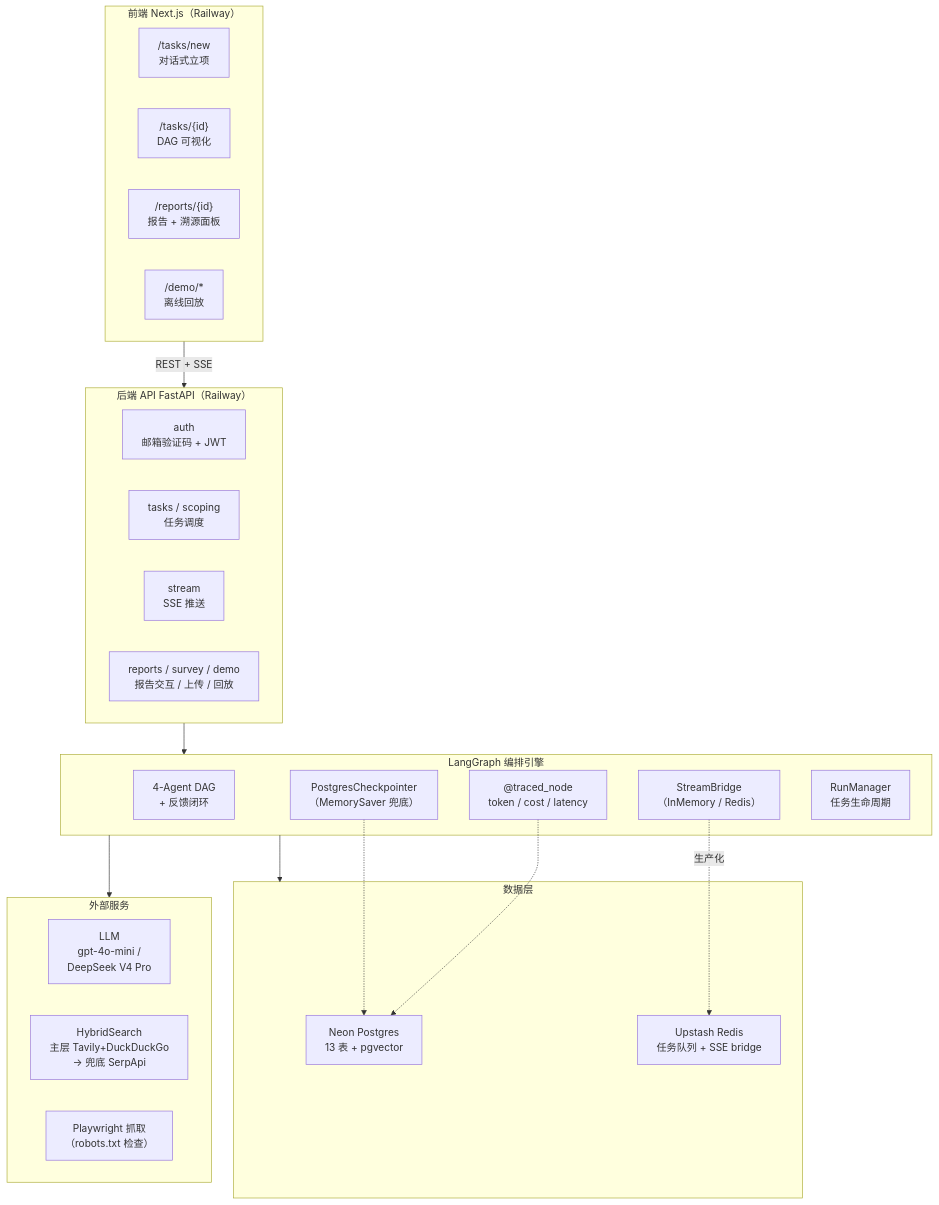
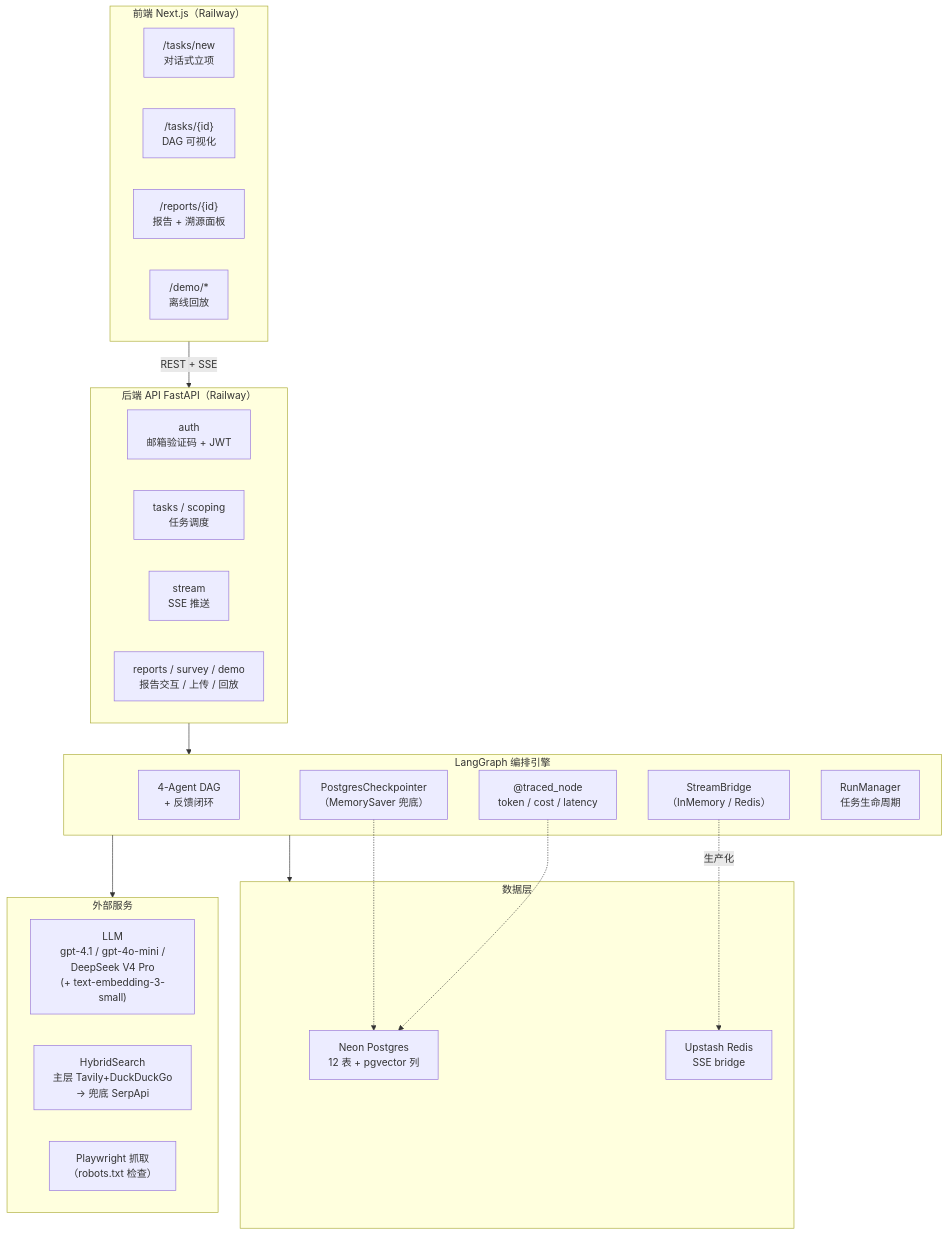
The first of 2 diagrams in docs/architecture.md (XuZiHan-010/competitor_analysis), drawn with Mermaid before and after one commit. The commit also changed other lines of this file and 1 other file, not shown here.

First line of the commit message:
docs: align architecture diagram and PRD with real code

````diff
--- a/docs/architecture.md
+++ b/docs/architecture.md
@@ -33,43 +33,43 @@
 ```mermaid
 flowchart TB
     subgraph FE["前端 Next.js（Railway）"]
         P1["/tasks/new<br/>对话式立项"]
         P2["/tasks/{id}<br/>DAG 可视化"]
         P3["/reports/{id}<br/>报告 + 溯源面板"]
         P4["/demo/*<br/>离线回放"]
     end
 
     subgraph API["后端 API FastAPI（Railway）"]
         R1["auth<br/>邮箱验证码 + JWT"]
         R2["tasks / scoping<br/>任务调度"]
         R3["stream<br/>SSE 推送"]
         R4["reports / survey / demo<br/>报告交互 / 上传 / 回放"]
     end
 
     subgraph ORCH["LangGraph 编排引擎"]
         WF["4-Agent DAG<br/>+ 反馈闭环"]
         CKPT["PostgresCheckpointer<br/>（MemorySaver 兜底）"]
         TN["@traced_node<br/>token / cost / latency"]
         SB["StreamBridge<br/>（InMemory / Redis）"]
         RM["RunManager<br/>任务生命周期"]
     end
 
     subgraph EXT["外部服务"]
-        LLM["LLM<br/>gpt-4o-mini /<br/>DeepSeek V4 Pro"]
+        LLM["LLM<br/>gpt-4.1 / gpt-4o-mini /<br/>DeepSeek V4 Pro<br/>(+ text-embedding-3-small)"]
         SRCH["HybridSearch<br/>主层 Tavily+DuckDuckGo<br/>→ 兜底 SerpApi"]
         SCR["Playwright 抓取<br/>（robots.txt 检查）"]
     end
 
     subgraph DATA["数据层"]
-        PG["Neon Postgres<br/>13 表 + pgvector"]
-        RD["Upstash Redis<br/>任务队列 + SSE bridge"]
+        PG["Neon Postgres<br/>12 表 + pgvector 列"]
+        RD["Upstash Redis<br/>SSE bridge"]
     end
 
     FE -->|REST + SSE| API
     API --> ORCH
     ORCH --> EXT
     ORCH --> DATA
     SB -. 生产化 .-> RD
     CKPT -.-> PG
     TN -.-> PG
 ```
````
